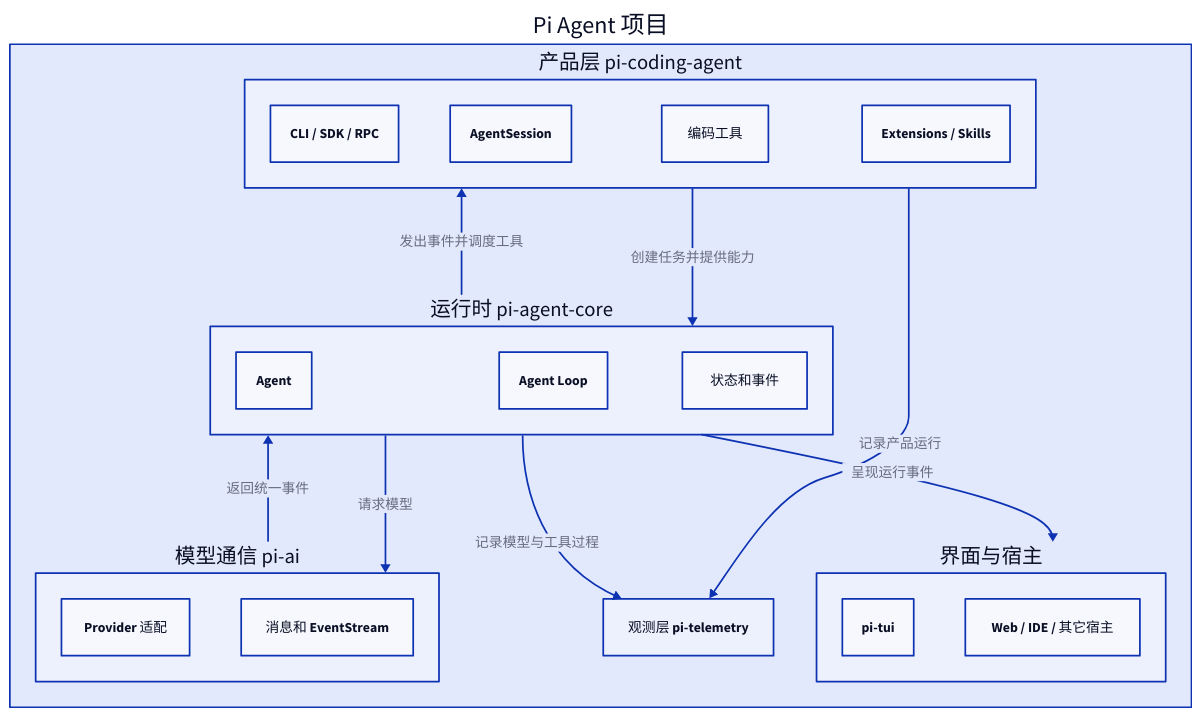
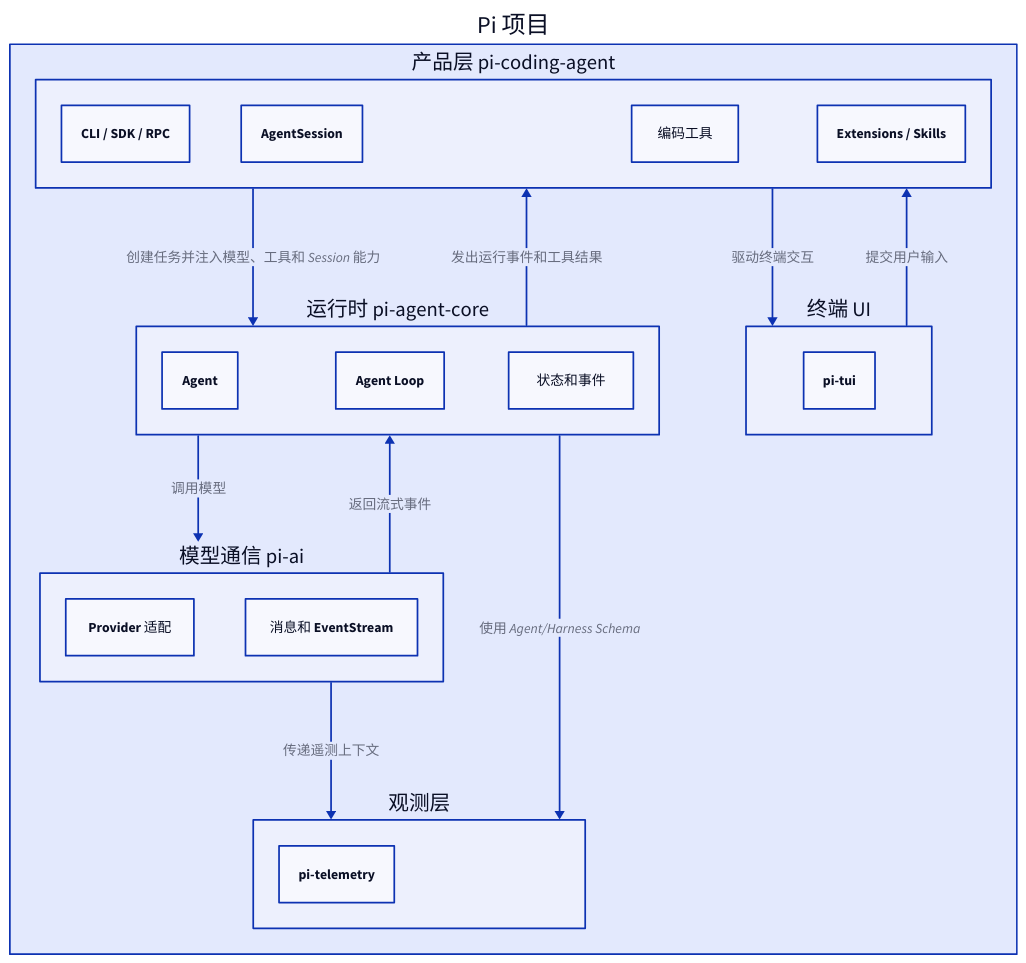
One commit to youngluo/thinking changed the diagram in apps/docs/ai/Pi Agent/Pi Agent 是什么.md. Above: the diagram before and after it, drawn with D2. The commit also changed other lines of this file, not shown here.

Commit message:
docs(pi-agent): refine introduction and architecture guide

````diff
--- a/apps/docs/ai/Pi Agent/Pi Agent 是什么.md
+++ b/apps/docs/ai/Pi Agent/Pi Agent 是什么.md
@@ -38,50 +39,53 @@
 ```d2 fold
 vars: {
   d2-config: {
     layout-engine: elk
   }
 }
 
 direction: down
 
-project: "Pi Agent 项目" {
+project: "Pi 项目" {
   class: group
 
   product: "产品层 pi-coding-agent" {
     class: subgroup
     cli: "CLI / SDK / RPC"
     session: AgentSession
     tools: 编码工具
     resources: "Extensions / Skills"
   }
 
   runtime: "运行时 pi-agent-core" {
     class: subgroup
     agent: Agent
     loop: "Agent Loop"
     state: 状态和事件
   }
 
   model: "模型通信 pi-ai" {
     class: subgroup
     providers: "Provider 适配"
     protocol: "消息和 EventStream"
   }
 
-  surface: "界面与宿主" {
+  surface: "终端 UI" {
     class: subgroup
     tui: pi-tui
-    integration: "Web / IDE / 其它宿主"
   }
 
-  telemetry: "观测层 pi-telemetry"
+  telemetry: "观测层" {
+    class: subgroup
+    package: pi-telemetry
+  }
 }
 
-project.product -> project.runtime: 创建任务并提供能力
-project.runtime -> project.model: 请求模型
-project.model -> project.runtime: 返回统一事件
-project.runtime -> project.product: 发出事件并调度工具
-project.runtime -> project.surface: 呈现运行事件
-project.product -> project.telemetry: 记录产品运行
-project.runtime -> project.telemetry: 记录模型与工具过程
+project.product -> project.runtime: 创建任务并注入模型、工具和 Session 能力
+project.runtime -> project.model: 调用模型
+project.model -> project.runtime: 返回流式事件
+project.runtime -> project.product: 发出运行事件和工具结果
+project.product -> project.surface: 驱动终端交互
+project.surface -> project.product: 提交用户输入
+project.model -> project.telemetry: 传递遥测上下文
+project.runtime -> project.telemetry: 使用 Agent/Harness Schema
 ```
````
